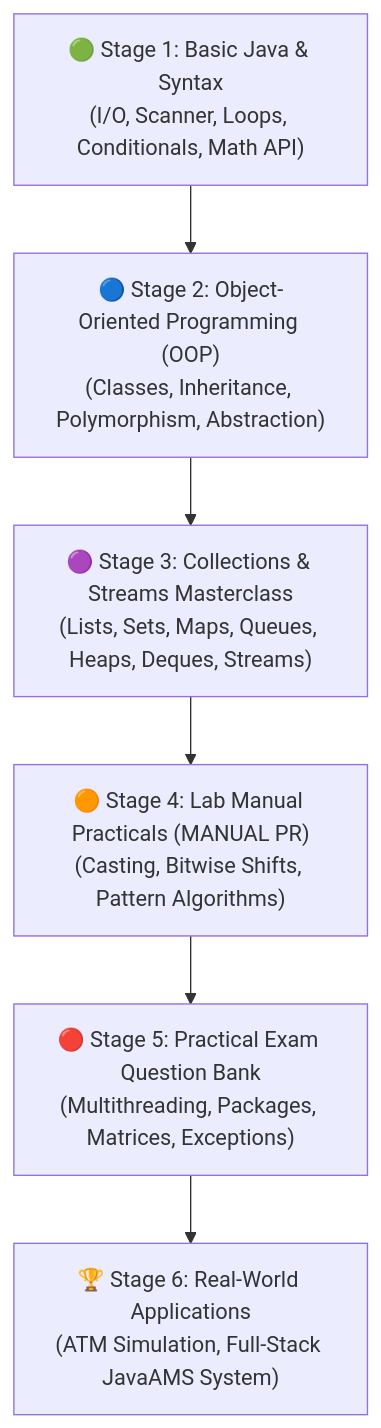
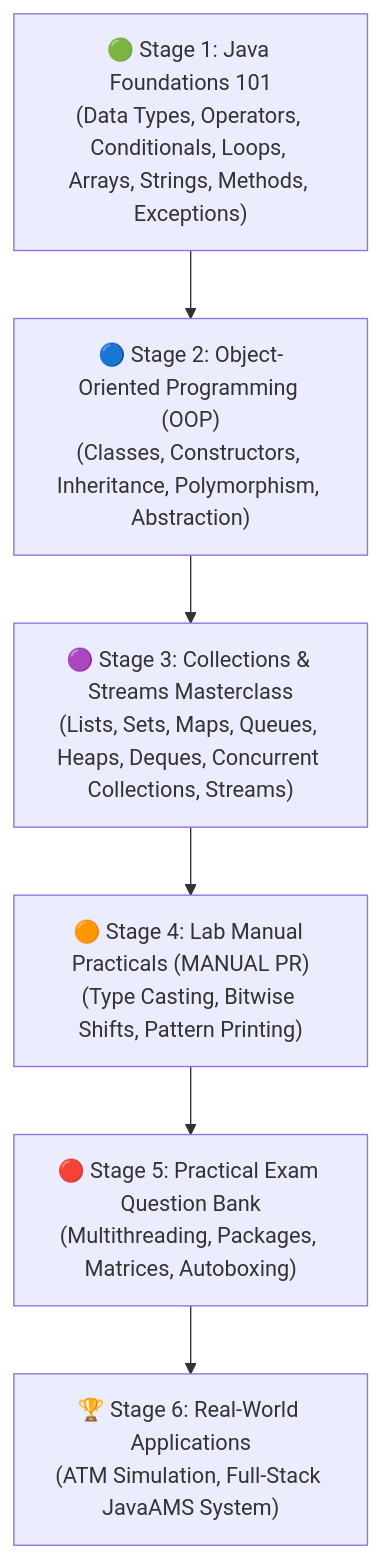
Before and after one commit to Ken-Kanike/java: the diagram in README.md, drawn with Mermaid. The commit also changed other lines of this file and 9 other files, not shown here.

````diff
--- a/README.md
+++ b/README.md
@@ -16,11 +16,11 @@
 ```mermaid
 flowchart TD
-    S1["🟢 Stage 1: Basic Java & Syntax<br/>(I/O, Scanner, Loops, Conditionals, Math API)"]
-    S2["🔵 Stage 2: Object-Oriented Programming (OOP)<br/>(Classes, Inheritance, Polymorphism, Abstraction)"]
-    S3["🟣 Stage 3: Collections & Streams Masterclass<br/>(Lists, Sets, Maps, Queues, Heaps, Deques, Streams)"]
-    S4["🟠 Stage 4: Lab Manual Practicals (MANUAL PR)<br/>(Casting, Bitwise Shifts, Pattern Algorithms)"]
-    S5["🔴 Stage 5: Practical Exam Question Bank<br/>(Multithreading, Packages, Matrices, Exceptions)"]
+    S1["🟢 Stage 1: Java Foundations 101<br/>(Data Types, Operators, Conditionals, Loops, Arrays, Strings, Methods, Exceptions)"]
+    S2["🔵 Stage 2: Object-Oriented Programming (OOP)<br/>(Classes, Constructors, Inheritance, Polymorphism, Abstraction)"]
+    S3["🟣 Stage 3: Collections & Streams Masterclass<br/>(Lists, Sets, Maps, Queues, Heaps, Deques, Concurrent Collections, Streams)"]
+    S4["🟠 Stage 4: Lab Manual Practicals (MANUAL PR)<br/>(Type Casting, Bitwise Shifts, Pattern Printing)"]
+    S5["🔴 Stage 5: Practical Exam Question Bank<br/>(Multithreading, Packages, Matrices, Autoboxing)"]
     S6["🏆 Stage 6: Real-World Applications<br/>(ATM Simulation, Full-Stack JavaAMS System)"]
 
     S1 --> S2 --> S3 --> S4 --> S5 --> S6
 ```
````
